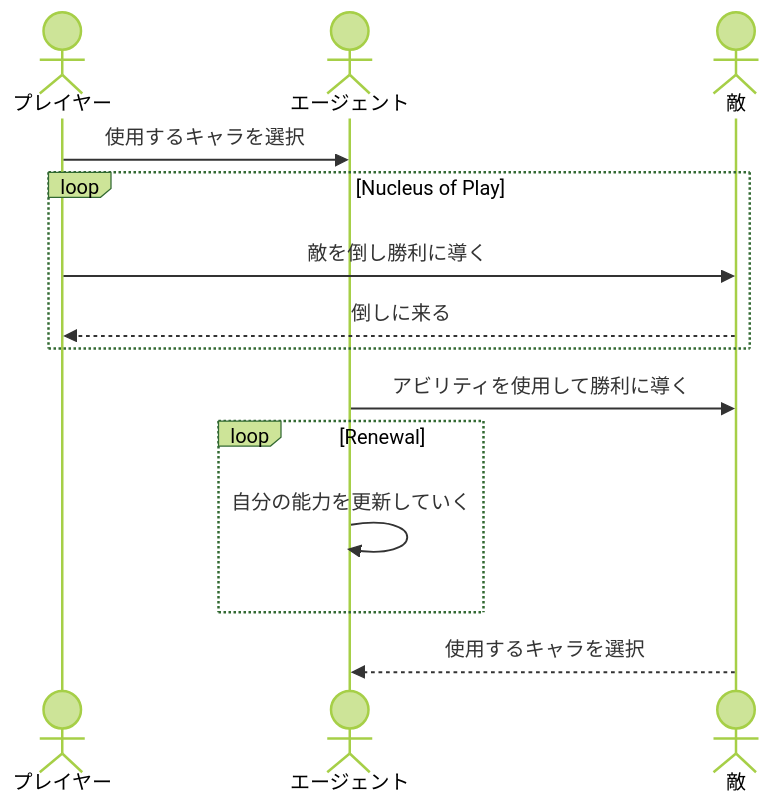
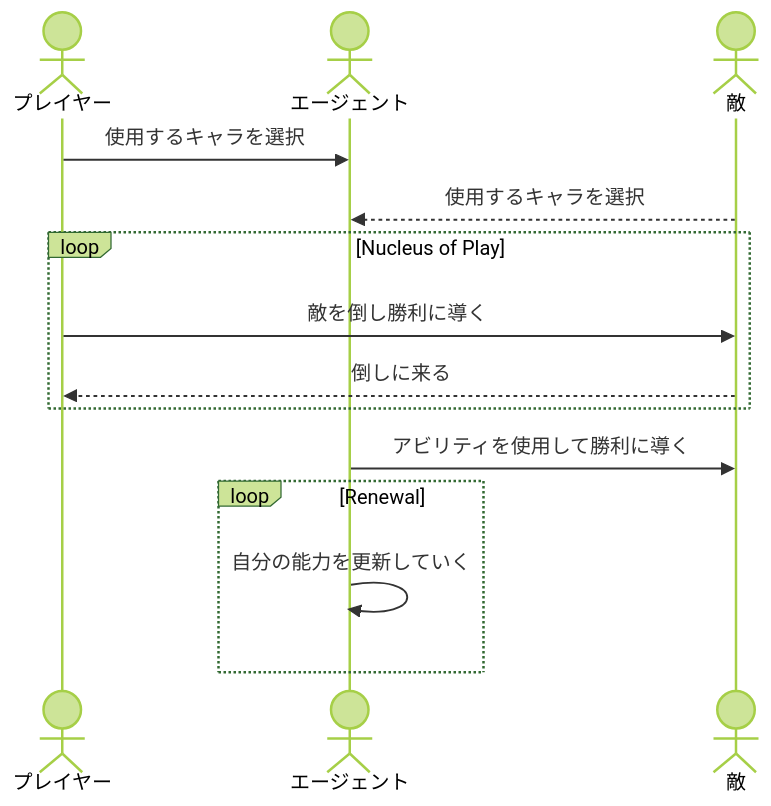
The second of 3 diagrams in README.md (tpu-game-2022/mermaid_test), drawn with Mermaid (forest theme) before and after one commit.

Commit message:
シーケンス図を変更した

````diff
--- a/README.md
+++ b/README.md
@@ -49,16 +49,17 @@
 ```mermaid
 sequenceDiagram
   actor プレイヤー
   actor エージェント
   actor 敵
   プレイヤー->>エージェント:使用するキャラを選択
+  敵-->>エージェント:使用するキャラを選択
   loop Nucleus of Play
     プレイヤー->>敵:敵を倒し勝利に導く
     敵-->>プレイヤー:倒しに来る
   end
   エージェント->>敵:アビリティを使用して勝利に導く
   loop Renewal
     エージェント->>エージェント:自分の能力を更新していく
   end
-  敵-->>エージェント:使用するキャラを選択
+  
 ```
````
